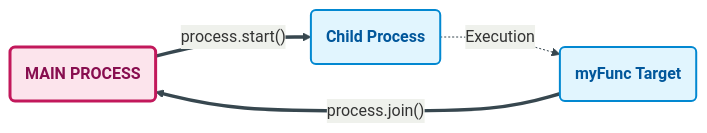
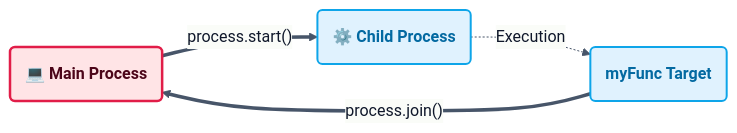
The second of 10 diagrams in SyedMuhammadHuzaifaAshrafi-(23FA-035-SE)/Chapter03/README.md (RameenAnwar/PDC-SP26-SE), drawn with Mermaid before and after one commit. The commit also changed other lines of this file and 5 other files, not shown here.

````diff
--- a/SyedMuhammadHuzaifaAshrafi-(23FA-035-SE)/Chapter03/README.md
+++ b/SyedMuhammadHuzaifaAshrafi-(23FA-035-SE)/Chapter03/README.md
@@ -83,15 +62,15 @@
 ```mermaid
-%%{init: {'theme': 'base', 'themeVariables': { 'lineColor': '#37474F', 'primaryColor': '#ECEFF1' }}}%%
+%%{init: {'theme': 'base', 'themeVariables': { 'lineColor': '#475569', 'primaryColor': '#f8fafc', 'primaryTextColor': '#0f172a', 'primaryBorderColor': '#cbd5e1' }}}%%
 flowchart LR
-    %% Pro Max Process Spawning Model
-    classDef tMain fill:#FCE4EC,stroke:#C2185B,stroke-width:3px,color:#880E4F,font-weight:bold
-    classDef tChild fill:#E1F5FE,stroke:#0288D1,stroke-width:2px,color:#01579B,font-weight:bold
+    %% Premium Process Spawning Model
+    classDef tMain fill:#ffe4e6,stroke:#e11d48,stroke-width:2.5px,color:#4c0519,font-weight:bold
+    classDef tChild fill:#e0f2fe,stroke:#0ea5e9,stroke-width:2px,color:#0369a1,font-weight:bold
 
-    Main(MAIN PROCESS)
-    Main == "process.start()" ==> P_Child(Child Process)
-    P_Child -. "Execution" .-> Task(myFunc Target)
+    Main("💻 Main Process")
+    Main == "process.start()" ==> P_Child("⚙️ Child Process")
+    P_Child -. "Execution" .-> Task("myFunc Target")
     Task == "process.join()" ==> Main
 
     class Main tMain
     class P_Child,Task tChild
 ```
````
